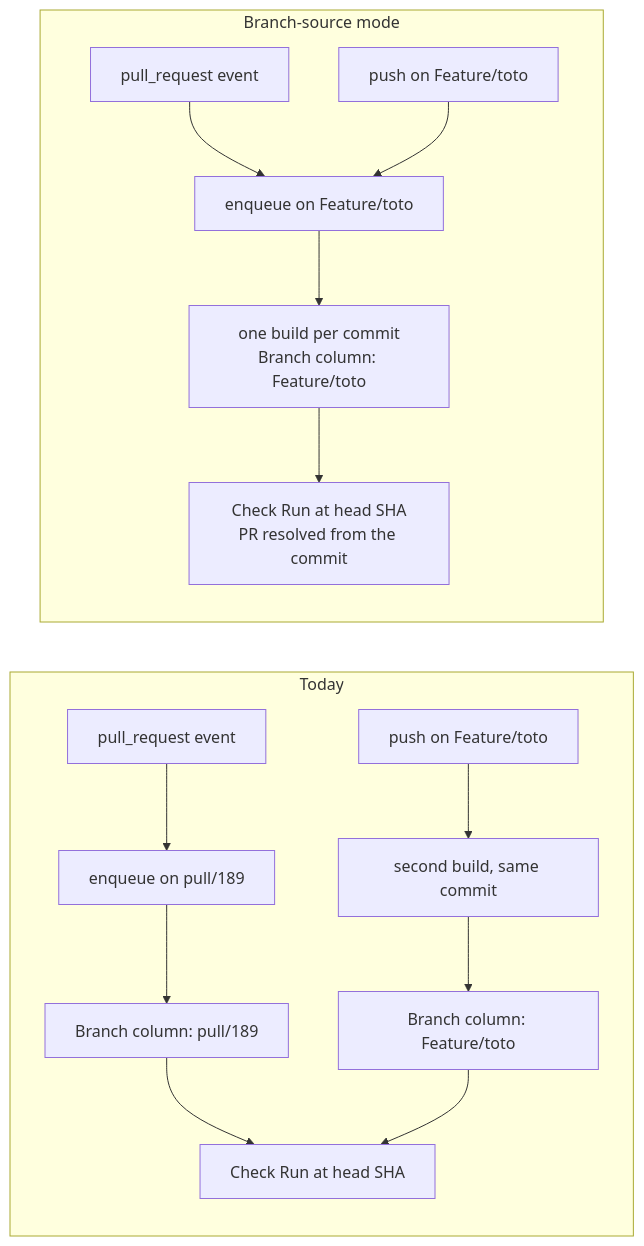
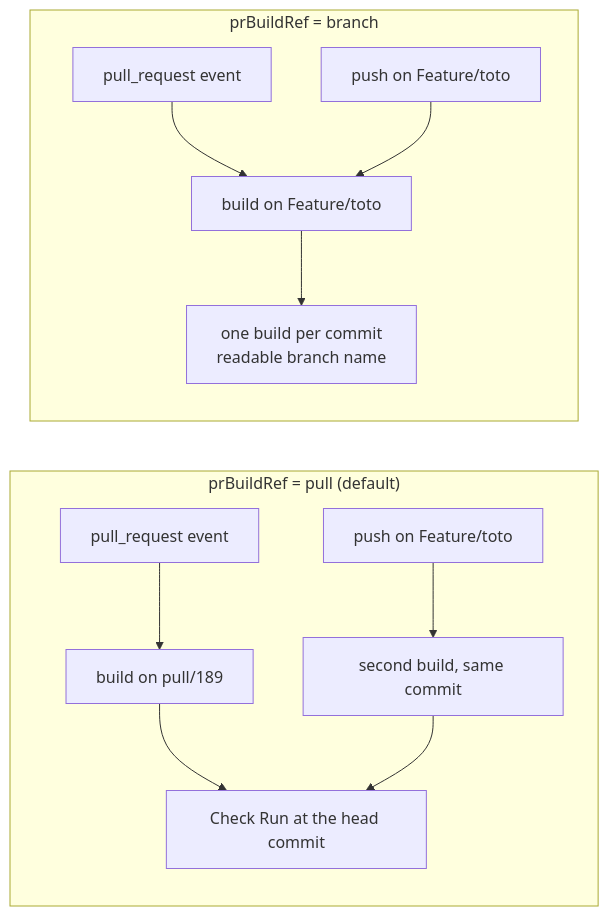
One commit to Silmaen/teamcity-github changed the seventh of 7 diagrams in doc/branching-workflows.md. Above: the diagram before and after it, drawn with Mermaid. The commit also changed other lines of this file and 15 other files, not shown here.

````diff
--- a/doc/branching-workflows.md
+++ b/doc/branching-workflows.md
@@ -1059,17 +961,14 @@
 ```mermaid
 flowchart LR
-    subgraph T["Today"]
-      P1["pull_request event"] --> P2["enqueue on pull/189"]
-      P2 --> P3["Branch column: pull/189"]
-      P4["push on Feature/toto"] --> P5["second build, same commit"]
-      P5 --> P6["Branch column: Feature/toto"]
-      P3 --> P7["Check Run at head SHA"]
-      P6 --> P7
+    subgraph P["prBuildRef = pull (default)"]
+      P1["pull_request event"] --> P2["build on pull/189"]
+      P3["push on Feature/toto"] --> P4["second build, same commit"]
+      P2 --> P5["Check Run at the head commit"]
+      P4 --> P5
     end
-    subgraph B["Branch-source mode"]
-      Q1["pull_request event"] --> Q2["enqueue on Feature/toto"]
+    subgraph B["prBuildRef = branch"]
+      Q1["pull_request event"] --> Q2["build on Feature/toto"]
       Q3["push on Feature/toto"] --> Q2
-      Q2 --> Q4["one build per commit<br/>Branch column: Feature/toto"]
-      Q4 --> Q5["Check Run at head SHA<br/>PR resolved from the commit"]
+      Q2 --> Q4["one build per commit<br/>readable branch name"]
     end
 ```
````
